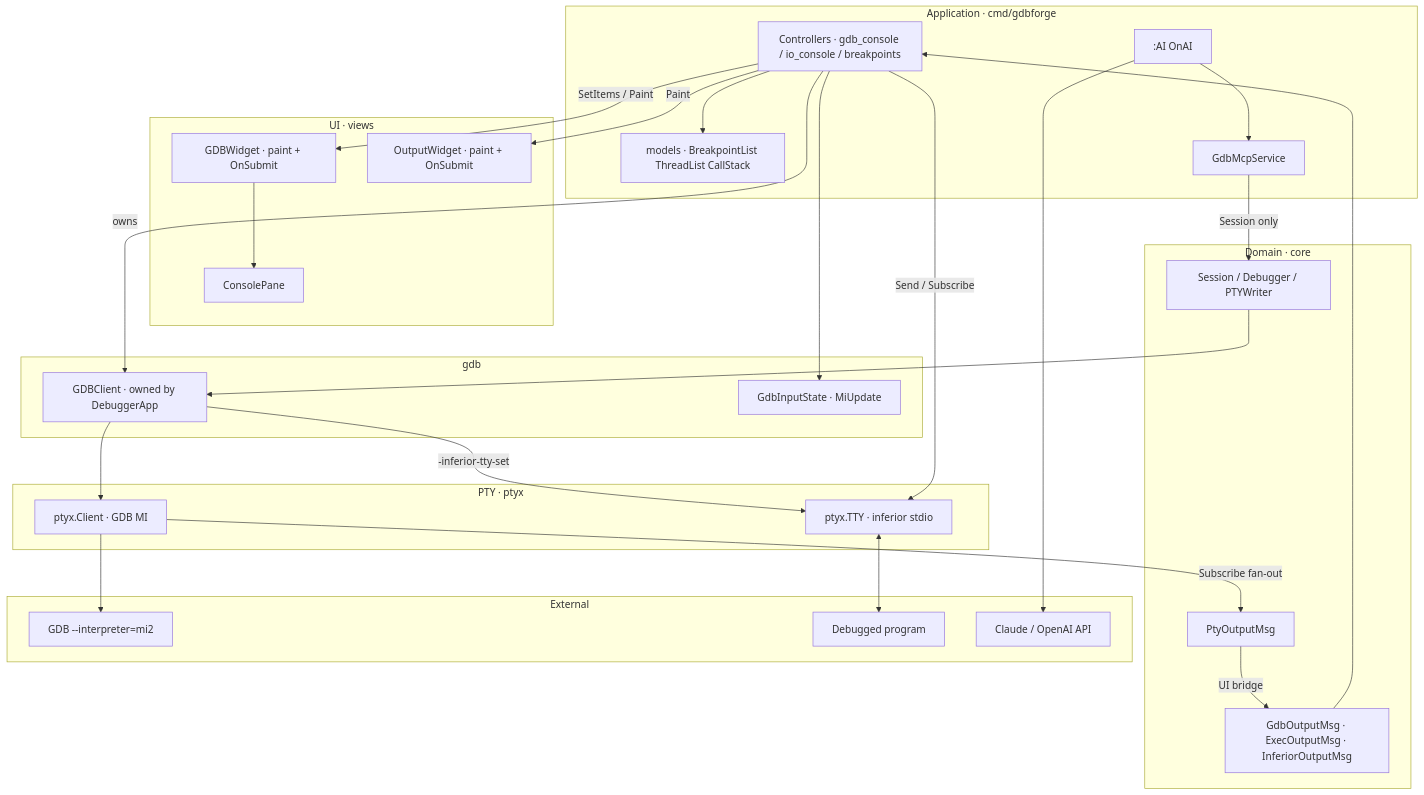
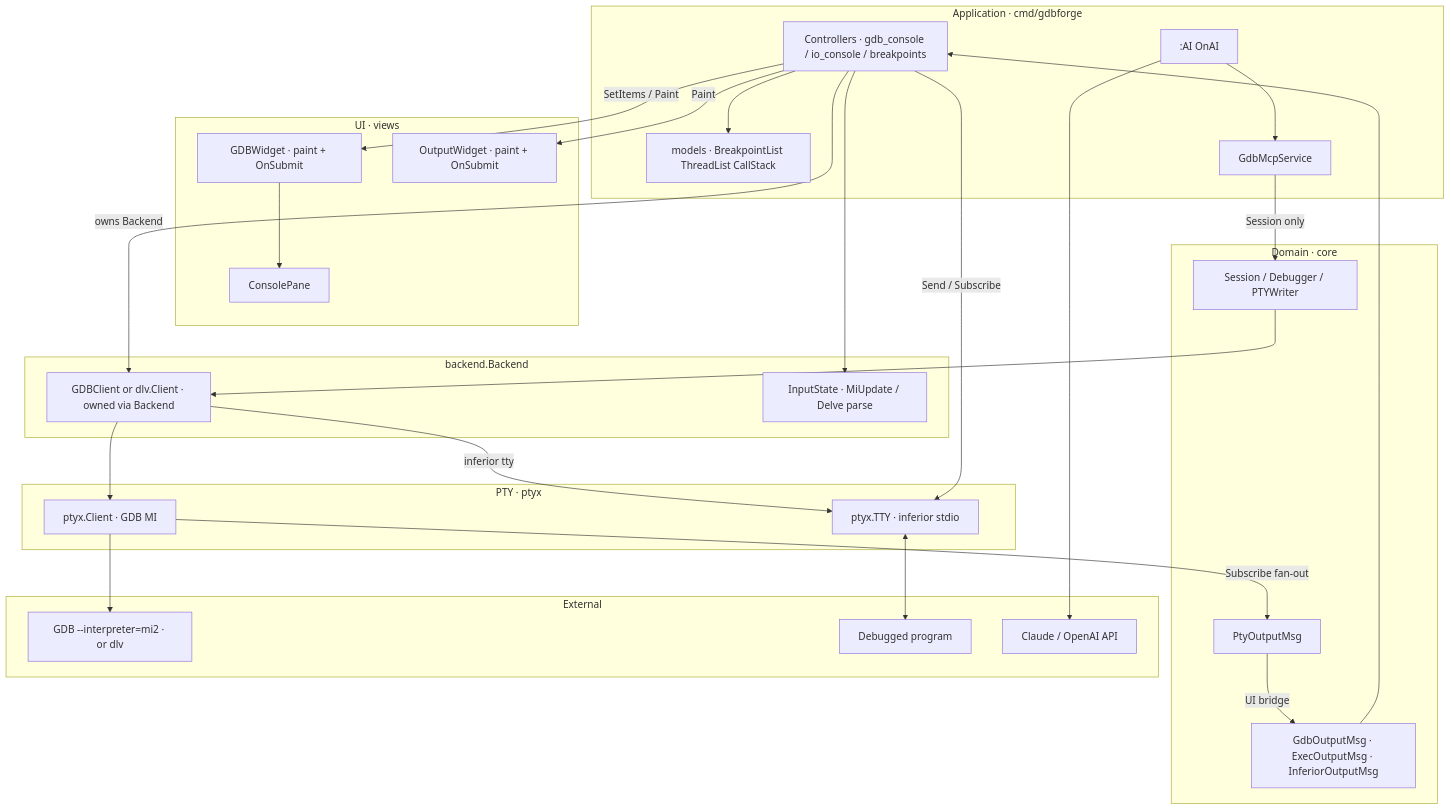
Before and after one commit to yairgd/gdbforge: the first of 7 diagrams in docs/DEBUGGER_INTEGRATION.md, drawn with Mermaid. The commit also changed other lines of this file and 13 other files, not shown here.

````diff
--- a/docs/DEBUGGER_INTEGRATION.md
+++ b/docs/DEBUGGER_INTEGRATION.md
@@ -33,56 +33,56 @@
 ```mermaid
 flowchart TB
     subgraph UI["UI · views"]
         GDBW["GDBWidget · paint + OnSubmit"]
         Cons["ConsolePane"]
         IOW["OutputWidget · paint + OnSubmit"]
     end
 
     subgraph App["Application · cmd/gdbforge"]
         Ctrl["Controllers · gdb_console / io_console / breakpoints"]
         Models["models · BreakpointList ThreadList CallStack"]
         AI[":AI OnAI"]
         MCP["GdbMcpService"]
     end
 
     subgraph Domain["Domain · core"]
         SessIF["Session / Debugger / PTYWriter"]
         PtyMsg["PtyOutputMsg"]
         UIMsg["GdbOutputMsg · ExecOutputMsg · InferiorOutputMsg"]
     end
 
     subgraph PTYLayer["PTY · ptyx"]
         Pty["ptyx.Client · GDB MI"]
         Inf["ptyx.TTY · inferior stdio"]
     end
 
-    subgraph Backend["gdb"]
-        Client["GDBClient · owned by DebuggerApp"]
-        MI["GdbInputState · MiUpdate"]
+    subgraph BackendPkg["backend.Backend"]
+        Client["GDBClient or dlv.Client · owned via Backend"]
+        MI["InputState · MiUpdate / Delve parse"]
     end
 
     subgraph External["External"]
-        GDB["GDB --interpreter=mi2"]
+        GDB["GDB --interpreter=mi2 · or dlv"]
         Prog["Debugged program"]
         LLM["Claude / OpenAI API"]
     end
 
     GDBW --> Cons
-    Ctrl -->|"owns"| Client
+    Ctrl -->|"owns Backend"| Client
     Ctrl -->|"SetItems / Paint"| GDBW
     Ctrl -->|"Paint"| IOW
     Ctrl --> Models
     Client --> Pty
-    Client -->|"-inferior-tty-set"| Inf
+    Client -->|"inferior tty"| Inf
     Ctrl -->|"Send / Subscribe"| Inf
     Inf <--> Prog
     MCP -->|"Session only"| SessIF
     AI --> MCP
     AI --> LLM
     SessIF --> Client
     Pty -->|"Subscribe fan-out"| PtyMsg
     PtyMsg -->|"UI bridge"| UIMsg
     UIMsg --> Ctrl
     Pty --> GDB
     Ctrl --> MI
 ```
````
